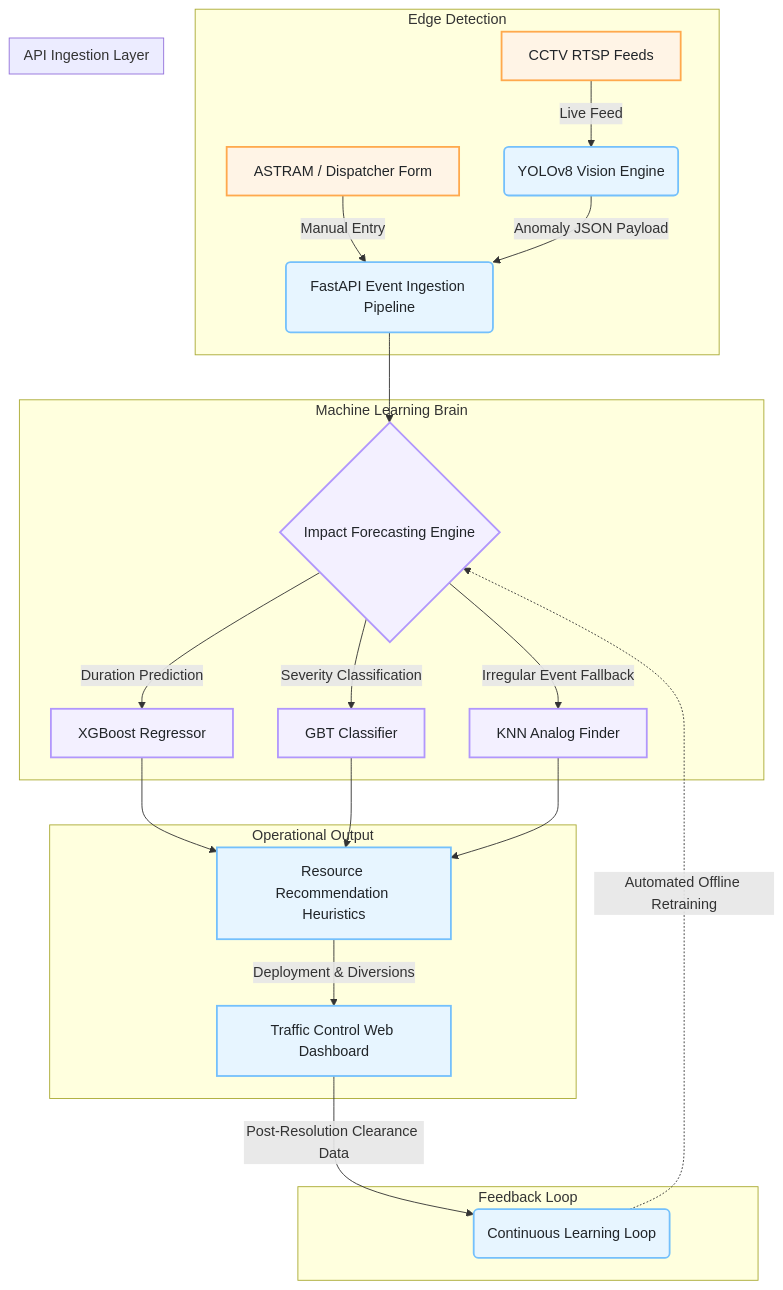
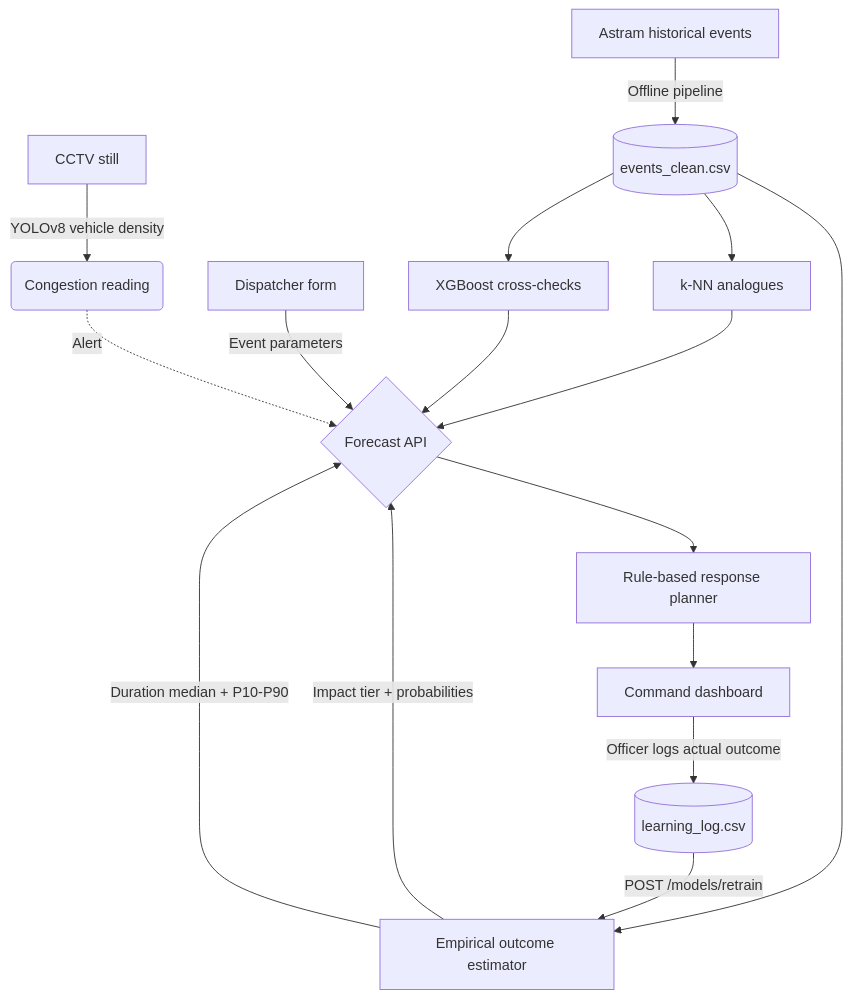
The diagram in README.md (ayn-aval/Flipkart_Gridlock), drawn with Mermaid before and after one commit. The commit also changed other lines of this file and 33 other files, not shown here.

````diff
--- a/README.md
+++ b/README.md
@@ -83,35 +86,18 @@
 ```mermaid
 graph TD
-    %% Define styles
-    classDef core fill:#e7f5ff,stroke:#74c0fc,stroke-width:2px,color:#212529;
-    classDef ml fill:#f3f0ff,stroke:#b197fc,stroke-width:2px,color:#212529;
-    classDef hardware fill:#fff4e6,stroke:#ffa94d,stroke-width:2px,color:#212529;
+    A[CCTV still] -->|YOLOv8 vehicle density| B(Congestion reading)
+    C[Astram historical events] -->|Offline pipeline| D[(events_clean.csv)]
+    B -.->|Alert| E{Forecast API}
+    U[Dispatcher form] -->|Event parameters| E
 
-    subgraph Edge Detection
-    A[CCTV RTSP Feeds]:::hardware -->|Live Feed| B(YOLOv8 Vision Engine):::core
-    A2[ASTRAM / Dispatcher Form]:::hardware -->|Manual Entry| D
-    end
+    D --> F[Empirical outcome estimator]
+    F -->|Impact tier + probabilities| E
+    F -->|Duration median + P10-P90| E
+    D --> G[k-NN analogues] --> E
+    D --> H[XGBoost cross-checks] --> E
 
-    subgraph API Ingestion Layer
-    B -->|Anomaly JSON Payload| D(FastAPI Event Ingestion Pipeline):::core
-    end
-    
-    subgraph Machine Learning Brain
-    D --> E{Impact Forecasting Engine}:::ml
-    E -->|Duration Prediction| F[XGBoost Regressor]:::ml
-    E -->|Severity Classification| G[GBT Classifier]:::ml
-    E -->|Irregular Event Fallback| H[KNN Analog Finder]:::ml
-    end
-
-    subgraph Operational Output
-    F --> I[Resource Recommendation Heuristics]:::core
-    G --> I
-    H --> I
-    I -->|Deployment & Diversions| K[Traffic Control Web Dashboard]:::core
-    end
-    
-    subgraph Feedback Loop
-    K -->|Post-Resolution Clearance Data| L(Continuous Learning Loop):::core
-    L -.->|Automated Offline Retraining| E
-    end
+    E --> I[Rule-based response planner]
+    I --> J[Command dashboard]
+    J -->|Officer logs actual outcome| K[(learning_log.csv)]
+    K -->|POST /models/retrain| F
 ```
````
